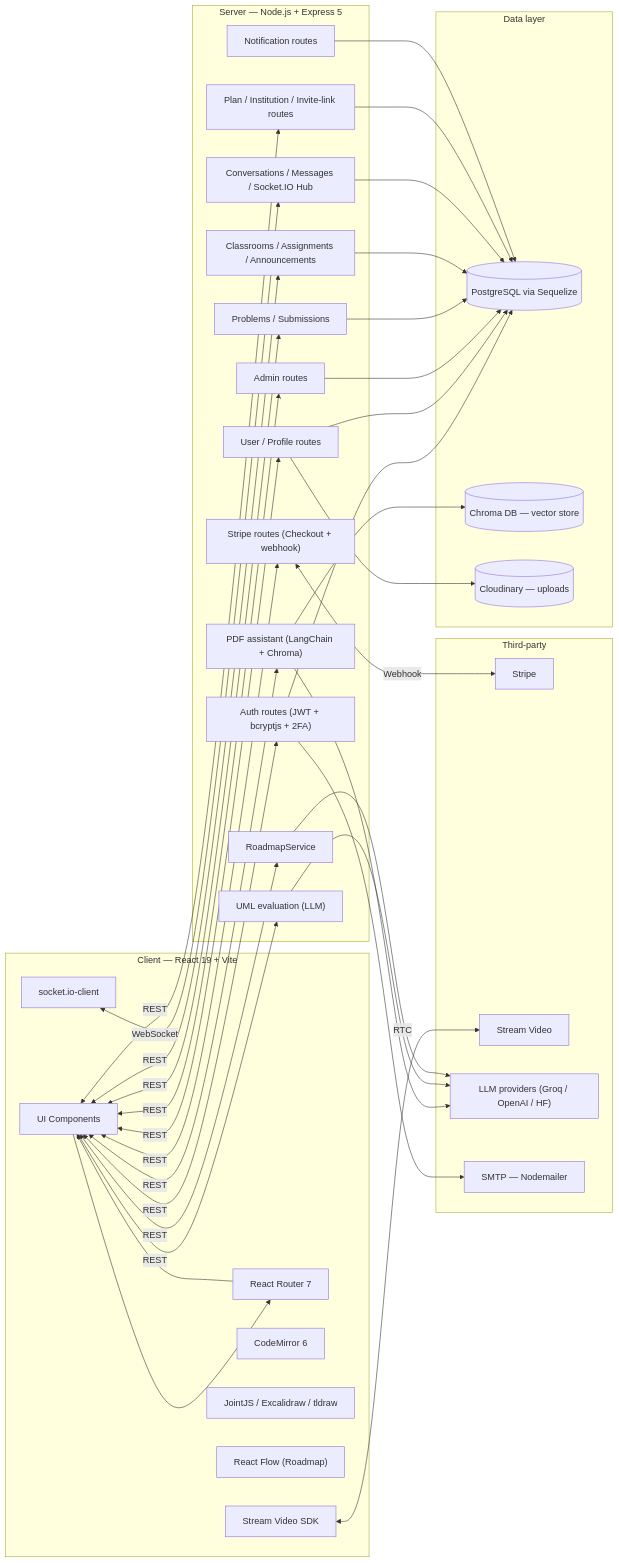
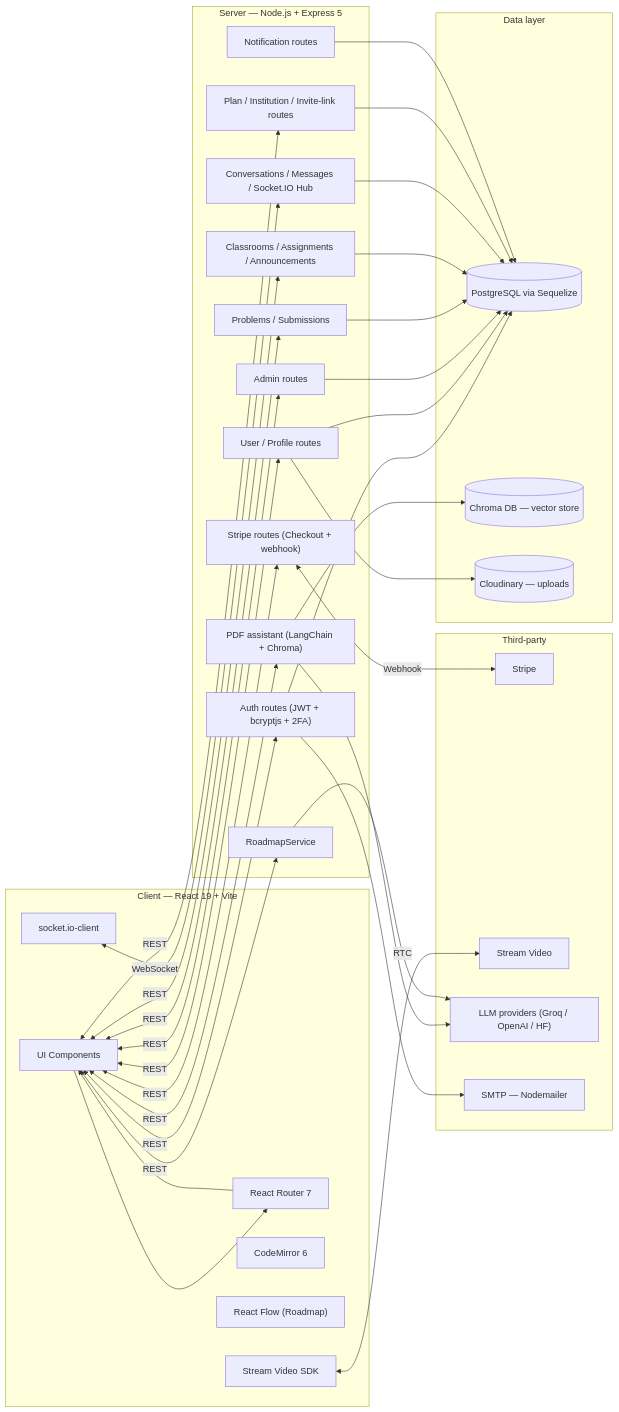
One commit to MaizaAymen/OmniLearn changed the first of 19 diagrams in docs/11_flows_and_diagrams.md. Above: the diagram before and after it, drawn with Mermaid. The commit also changed other lines of this file and 29 other files, not shown here.

````diff
--- a/docs/11_flows_and_diagrams.md
+++ b/docs/11_flows_and_diagrams.md
@@ -9,71 +9,67 @@
 ```mermaid
 flowchart LR
   subgraph Client["Client — React 19 + Vite"]
     UI["UI Components"]
     Router["React Router 7"]
     Socket["socket.io-client"]
     Editor["CodeMirror 6"]
-    UML["JointJS / Excalidraw / tldraw"]
     Flow["React Flow (Roadmap)"]
     Stream["Stream Video SDK"]
   end
 
   subgraph Server["Server — Node.js + Express 5"]
     Auth["Auth routes (JWT + bcryptjs + 2FA)"]
     UserAPI["User / Profile routes"]
     AdminAPI["Admin routes"]
     Problems["Problems / Submissions"]
     Classroom["Classrooms / Assignments / Announcements"]
     Messaging["Conversations / Messages / Socket.IO Hub"]
     PDFAI["PDF assistant (LangChain + Chroma)"]
-    UMLAI["UML evaluation (LLM)"]
     RoadmapAI["RoadmapService"]
     Plan["Plan / Institution / Invite-link routes"]
     StripeAPI["Stripe routes (Checkout + webhook)"]
     Notif["Notification routes"]
   end
 
   subgraph Data["Data layer"]
     PG[("PostgreSQL via Sequelize")]
     Chroma[("Chroma DB — vector store")]
     Cloud[("Cloudinary — uploads")]
   end
 
   subgraph Third["Third-party"]
     StripeSvc["Stripe"]
     StreamSvc["Stream Video"]
     LLM["LLM providers (Groq / OpenAI / HF)"]
     SMTP["SMTP — Nodemailer"]
   end
 
   UI --> Router
   Router --> UI
   UI <-->|REST| Auth
   UI <-->|REST| UserAPI
   UI <-->|REST| AdminAPI
   UI <-->|REST| Problems
   UI <-->|REST| Classroom
   UI <-->|REST| PDFAI
-  UI <-->|REST| UMLAI
   UI <-->|REST| RoadmapAI
   UI <-->|REST| Plan
   UI <-->|REST| StripeAPI
   Socket <-->|WebSocket| Messaging
   Stream <-->|RTC| StreamSvc
 
   Auth --> PG
   UserAPI --> PG
   AdminAPI --> PG
   Problems --> PG
   Classroom --> PG
   Messaging --> PG
   Plan --> PG
   Notif --> PG
   PDFAI --> Chroma
   PDFAI --> LLM
-  UMLAI --> LLM
   RoadmapAI --> LLM
   UserAPI --> Cloud
   StripeAPI <-->|Webhook| StripeSvc
   Auth --> SMTP
 ```
````
